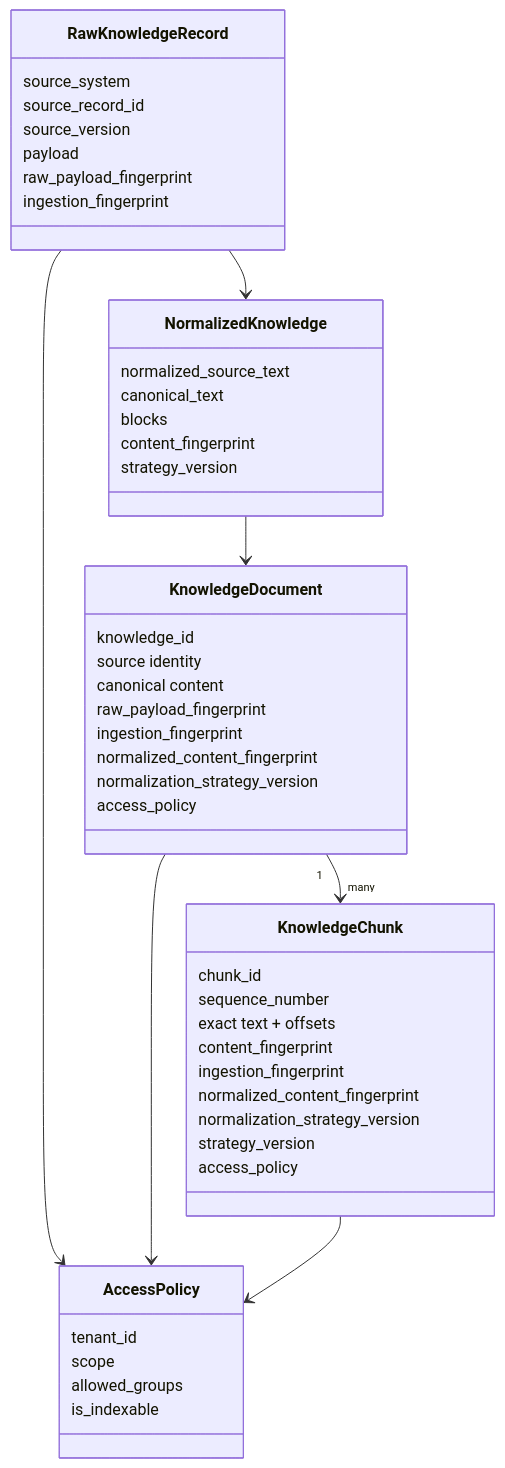
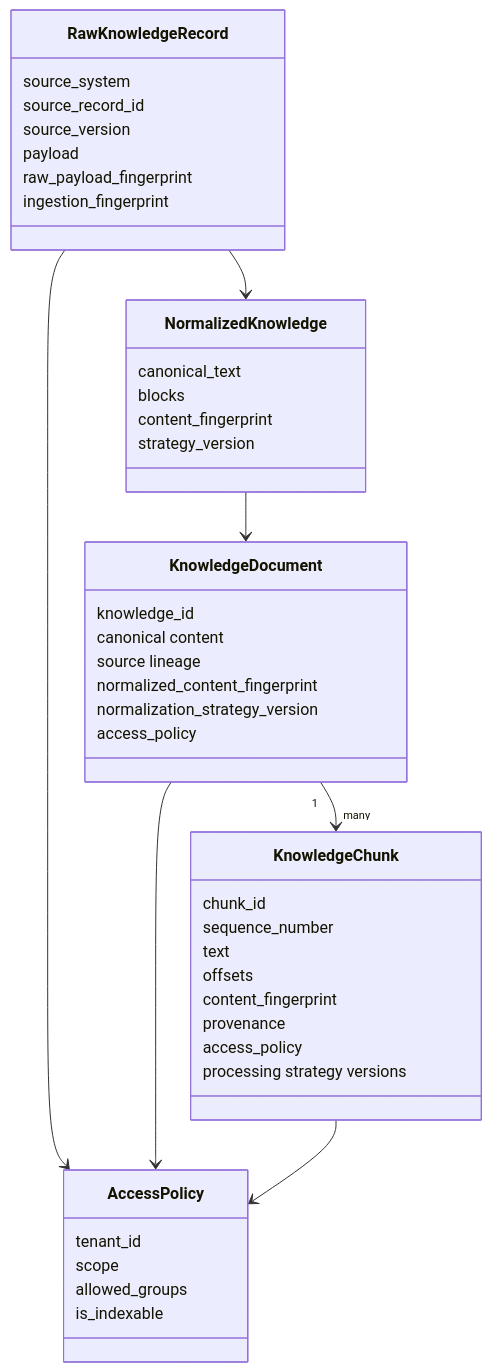
Before and after one commit to kumarchandansingh/tropos: the second of 3 diagrams in docs/architecture/KNOWLEDGE_MODEL.md, drawn with Mermaid. The commit also changed other lines of this file and 13 other files, not shown here.

````diff
--- a/docs/architecture/KNOWLEDGE_MODEL.md
+++ b/docs/architecture/KNOWLEDGE_MODEL.md
@@ -49,56 +21,52 @@
 ```mermaid
 classDiagram
     class AccessPolicy {
       tenant_id
       scope
       allowed_groups
       is_indexable
     }
 
     class RawKnowledgeRecord {
       source_system
       source_record_id
       source_version
       payload
       raw_payload_fingerprint
       ingestion_fingerprint
     }
 
     class NormalizedKnowledge {
-      normalized_source_text
       canonical_text
       blocks
       content_fingerprint
       strategy_version
     }
 
     class KnowledgeDocument {
       knowledge_id
-      source identity
       canonical content
-      raw_payload_fingerprint
-      ingestion_fingerprint
+      source lineage
       normalized_content_fingerprint
       normalization_strategy_version
       access_policy
     }
 
     class KnowledgeChunk {
       chunk_id
       sequence_number
-      exact text + offsets
+      text
+      offsets
       content_fingerprint
-      ingestion_fingerprint
-      normalized_content_fingerprint
-      normalization_strategy_version
-      strategy_version
+      provenance
       access_policy
+      processing strategy versions
     }
 
     RawKnowledgeRecord --> AccessPolicy
     RawKnowledgeRecord --> NormalizedKnowledge
     NormalizedKnowledge --> KnowledgeDocument
     KnowledgeDocument --> AccessPolicy
     KnowledgeDocument "1" --> "many" KnowledgeChunk
     KnowledgeChunk --> AccessPolicy
 ```
````
